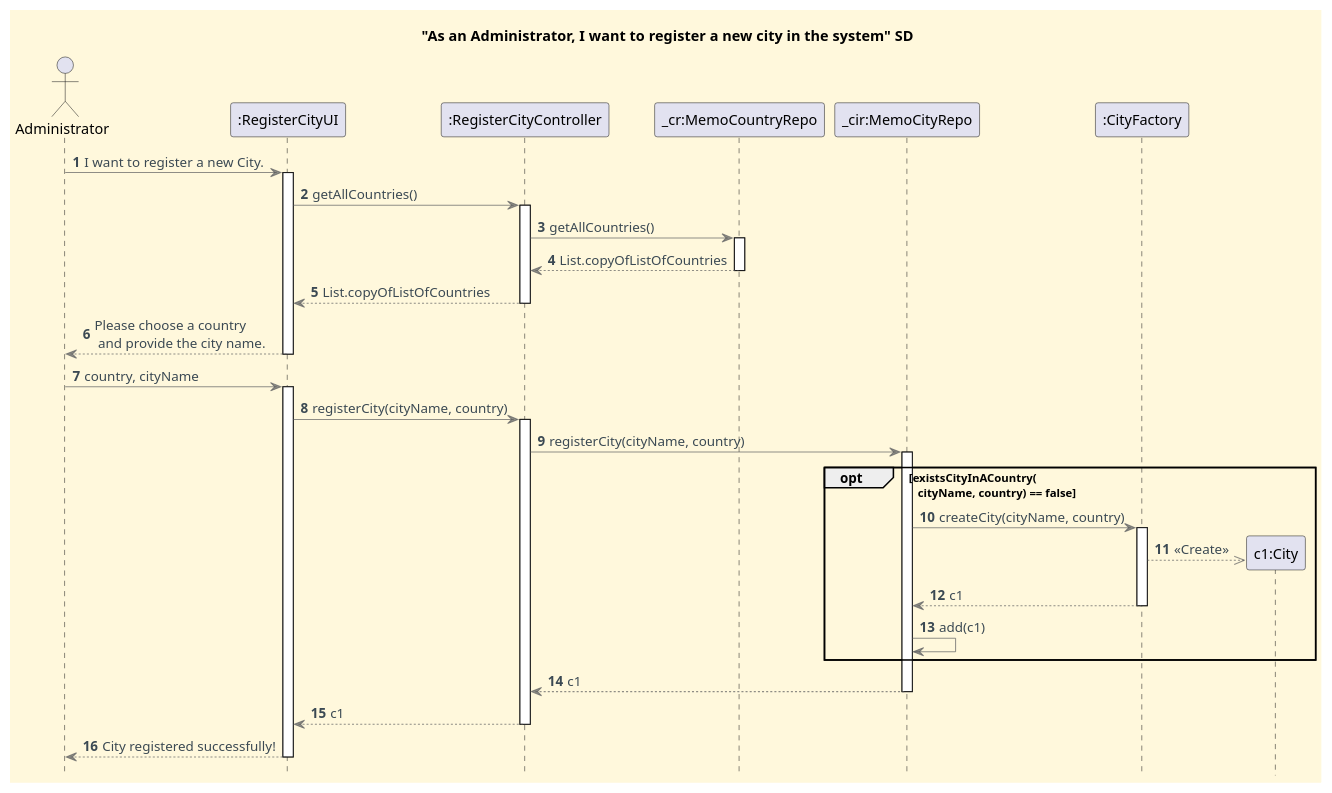
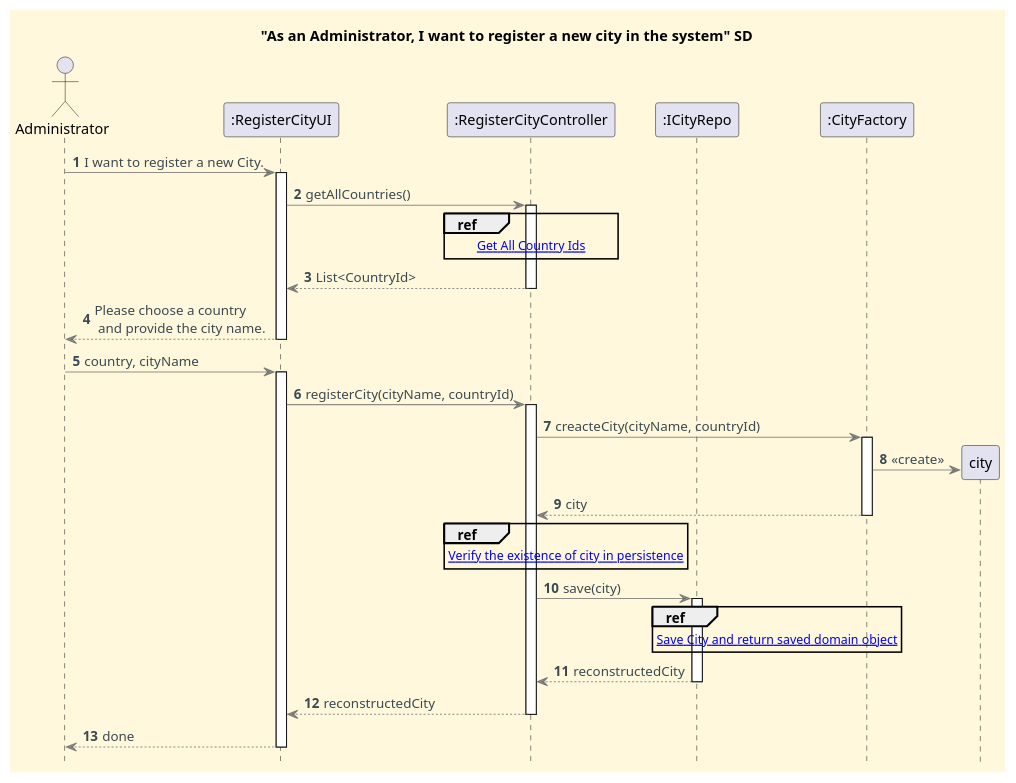
Before and after one commit to CarolinaLeite-collab/JavaMarketplacePlatform: the diagram in docs/functionalities/admin/register-city/Register_City_SD.puml, drawn with PlantUML. The commit also changed 3 other files, not shown here.

Commit message:
docs: updated Register City SD to reflect persistence integration #742

```diff
--- a/docs/functionalities/admin/register-city/Register_City_SD.puml
+++ b/docs/functionalities/admin/register-city/Register_City_SD.puml
@@ -1,69 +1,69 @@
 @startuml
 title "As an Administrator, I want to register a new city in the system" SD
 
 '==== basic style ====
 skinparam monochrome false
 skinparam defaultFontName Futura
 skinparam objectFontSize 20
 skinparam backgroundColor CornSilk
 skinparam objectBackgroundColor WhiteSmoke
 skinparam noteBackgroundColor #FFFFE0
 skinparam ArrowFontColor #3B4953
 skinparam ArrowColor #57595BAA
 
 autonumber
 autoactivate off
 hidefootbox
 
 ' ==== Actor and participants ====
 actor Administrator as Admin
 participant ":RegisterCityUI" as UI
 participant ":RegisterCityController" as CTL
-participant "_cr:MemoCountryRepo" as CouR
-participant "_cir:MemoCityRepo" as CityR
+participant ":ICityRepo" as IREPO
 participant ":CityFactory" as FCT
 
 '==== UI interaction ====
 Admin -> UI: I want to register a new City.
 activate UI
 
+
+'==== Get Countries Id's ====
 UI -> CTL: getAllCountries()
 activate CTL
-CTL -> CouR: getAllCountries()
-activate CouR
-CTL <-- CouR: List.copyOfListOfCountries
-deactivate CouR
-UI <-- CTL: List.copyOfListOfCountries
+ref over CTL
+[[sd-ref-diagrams/Get_Country_Ids.puml Get All Country Ids]]
+end ref
+UI <-- CTL: List<CountryId>
 deactivate CTL
 
+
+'==== Create City ====
 UI --> Admin: Please choose a country \n and provide the city name.
 deactivate UI
-
 Admin -> UI: country, cityName
 activate UI
+UI -> CTL: registerCity(cityName, countryId)
+activate CTL
+CTL -> FCT : creacteCity(cityName, countryId)
+activate FCT
+create city
+FCT -> city : <<create>>
+FCT --> CTL : city
+deactivate FCT
+ref over CTL
+[[sd-ref-diagrams/Verify_City.puml Verify the existence of city in persistence]]
+end ref
 
-UI -> CTL: registerCity(cityName, country)
-activate CTL
-
-CTL -> CityR: registerCity(cityName, country)
-        activate CityR
-
-    opt existsCityInACountry(\n   cityName, country) == false
-
-        CityR -> FCT: createCity(cityName, country)
-        activate FCT
-        create "c1:City" as instance
-        FCT -->> instance: <<Create>>
-        FCT --> CityR: c1
-        deactivate FCT
-        CityR -> CityR: add(c1)
-    end
-
-    CityR --> CTL: c1
-    deactivate CityR
-
-CTL --> UI: c1
+'==== Save City ====
+CTL -> IREPO : save(city)
+activate IREPO
+ref over IREPO
+[[sd-ref-diagrams/Save_City.puml Save City and return saved domain object]]
+end ref
+IREPO --> CTL : reconstructedCity
+deactivate IREPO
+CTL --> UI : reconstructedCity
 deactivate CTL
-UI --> Admin: City registered successfully!
+UI --> Admin : done
 deactivate UI
 @enduml
```
